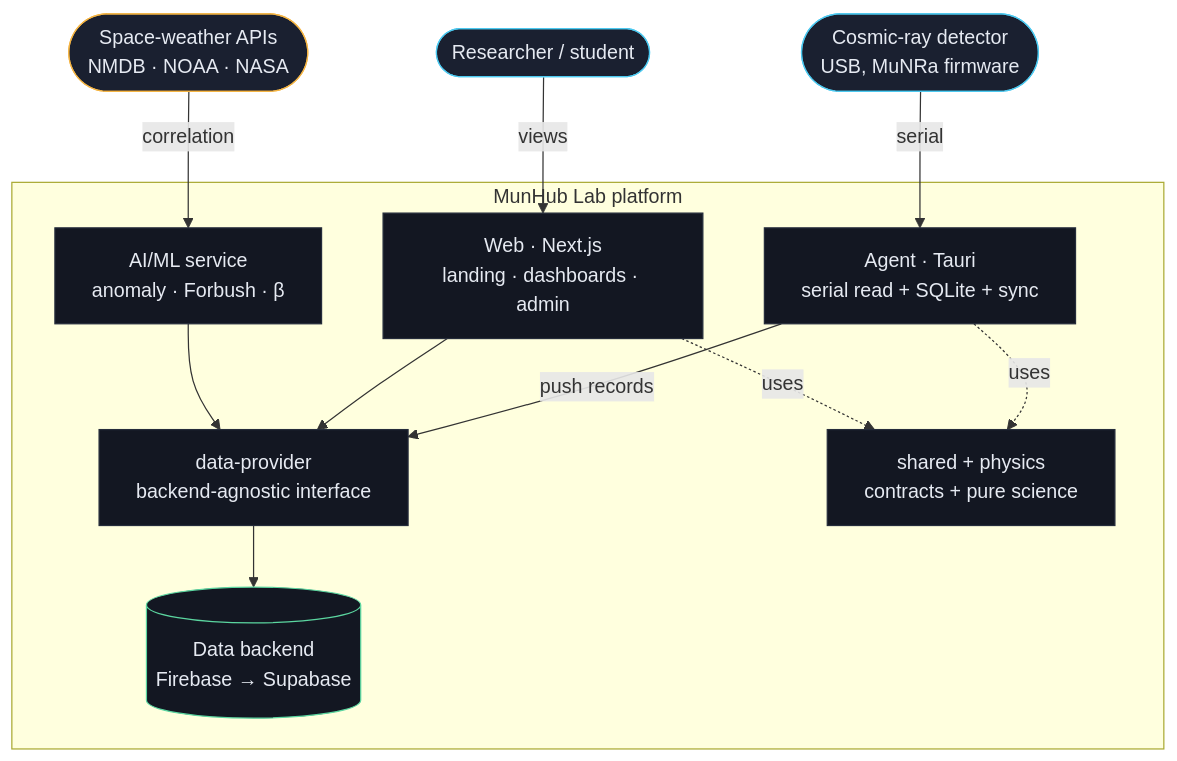
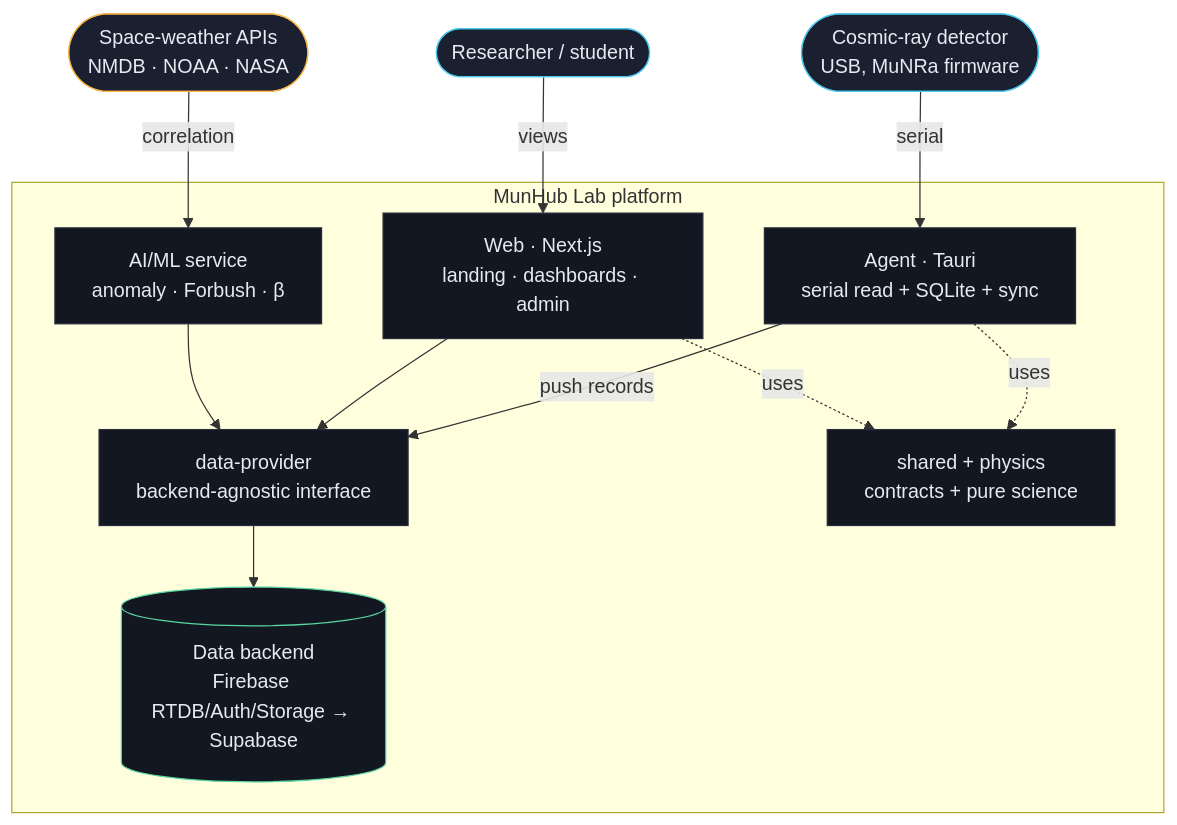
The diagram in docs/technical/ARCHITECTURE.md (alexanderkholodov1/MunHub), drawn with Mermaid before and after one commit. The commit also changed other lines of this file and 15 other files, not shown here.

````diff
--- a/docs/technical/ARCHITECTURE.md
+++ b/docs/technical/ARCHITECTURE.md
@@ -9,30 +9,30 @@
 ```mermaid
 flowchart TB
     researcher([Researcher / student]):::person
     detector([Cosmic-ray detector<br/>USB, MuNRa firmware]):::person
     ext([Space-weather APIs<br/>NMDB · NOAA · NASA]):::ext
 
     subgraph MunHub[MunHub Lab platform]
         agent[Agent · Tauri<br/>serial read + SQLite + sync]:::box
         web[Web · Next.js<br/>landing · dashboards · admin]:::box
         dp[data-provider<br/>backend-agnostic interface]:::box
         core[shared + physics<br/>contracts + pure science]:::box
-        db[(Data backend<br/>Firebase → Supabase)]:::db
+        db[(Data backend<br/>Firebase RTDB/Auth/Storage → Supabase)]:::db
         ai[AI/ML service<br/>anomaly · Forbush · β]:::box
     end
 
     detector -->|serial| agent
     agent -->|push records| dp
     researcher -->|views| web
     web --> dp
     dp --> db
     agent -. uses .-> core
     web -. uses .-> core
     ai --> dp
     ext -->|correlation| ai
 
     classDef person fill:#1A2030,stroke:#4CC9F0,color:#E6EAF2;
     classDef ext fill:#1A2030,stroke:#F5B544,color:#E6EAF2;
     classDef box fill:#131722,stroke:#252C3B,color:#E6EAF2;
     classDef db fill:#131722,stroke:#5BD6A0,color:#E6EAF2;
 ```
````
